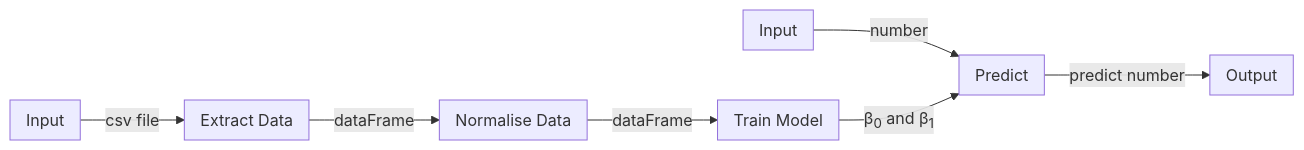
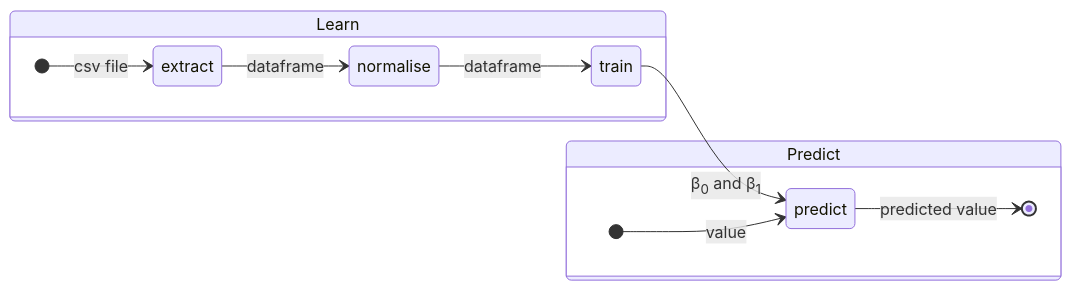
The first of 4 diagrams in README.md (farinaleo/linear_regression), drawn with Mermaid before and after one commit.

Commit message:
:memo: improve graph

````diff
--- a/README.md
+++ b/README.md
@@ -11,30 +11,23 @@
 ```mermaid
-flowchart LR
-    subgraph input["Input"]
-    end
-    
-    subgraph extract["Extract Data"]
-    end
-    
-    subgraph normalise["Normalise Data"]
-    end
-    
-    subgraph train["Train Model"]
-    end
-    
-    subgraph predict["Predict"]
-    end
-    
-    subgraph input2["Input"]
-    end
-    
-    subgraph output["Output"]
-    end
+stateDiagram
+    direction LR
+    state Learn {
+        direction LR
+        extract
+        normalise
+        train
+        [*] --> extract:csv file
+        extract --> normalise:dataframe
+        normalise--> train:dataframe
+    }
+    train --> predict:β<sub>0</sub> and β<sub>1</sub>
 
-    input2 -- number --> predict
-    input -- csv file --> extract
-    extract -- dataFrame --> normalise
-    normalise -- dataFrame --> train
-    train -- β<sub>0</sub> and β<sub>1</sub> --> predict
-    predict -- predict number--> output
+
+
+    state Predict {
+        direction LR
+        [*] --> predict:value
+        predict
+        predict --> [*]:predicted value
+    }
 ```
````
